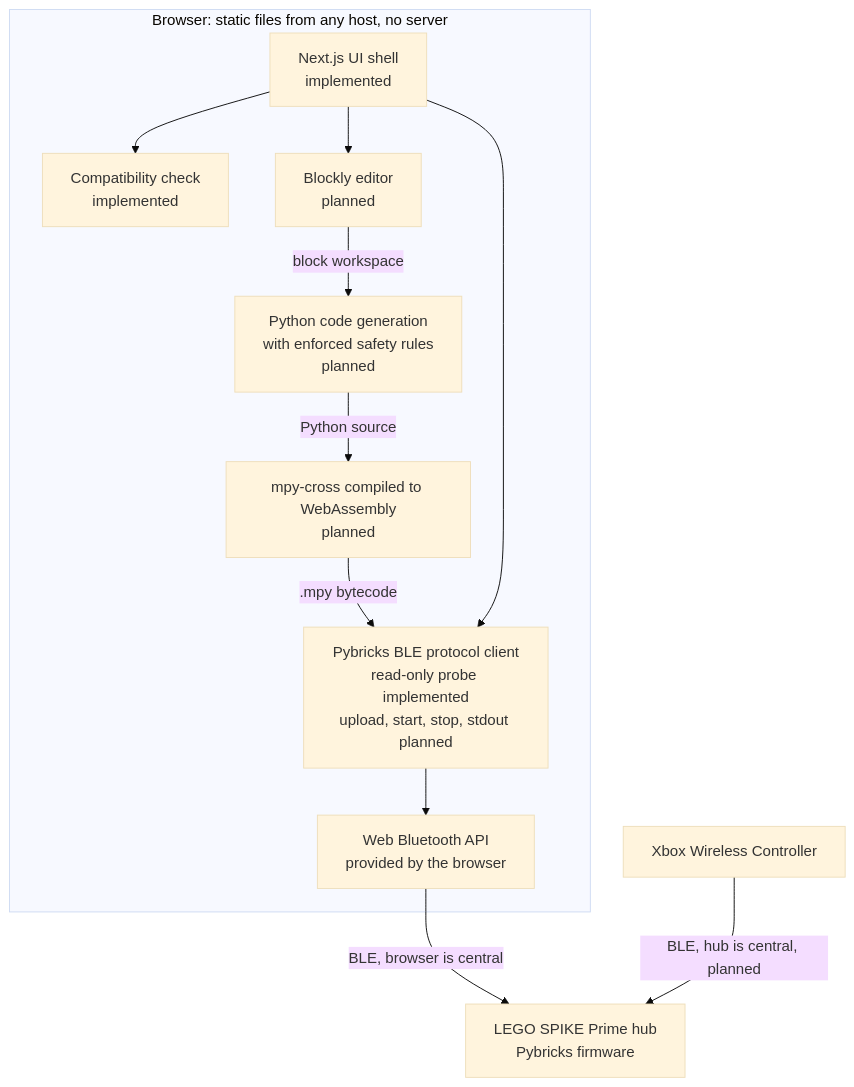
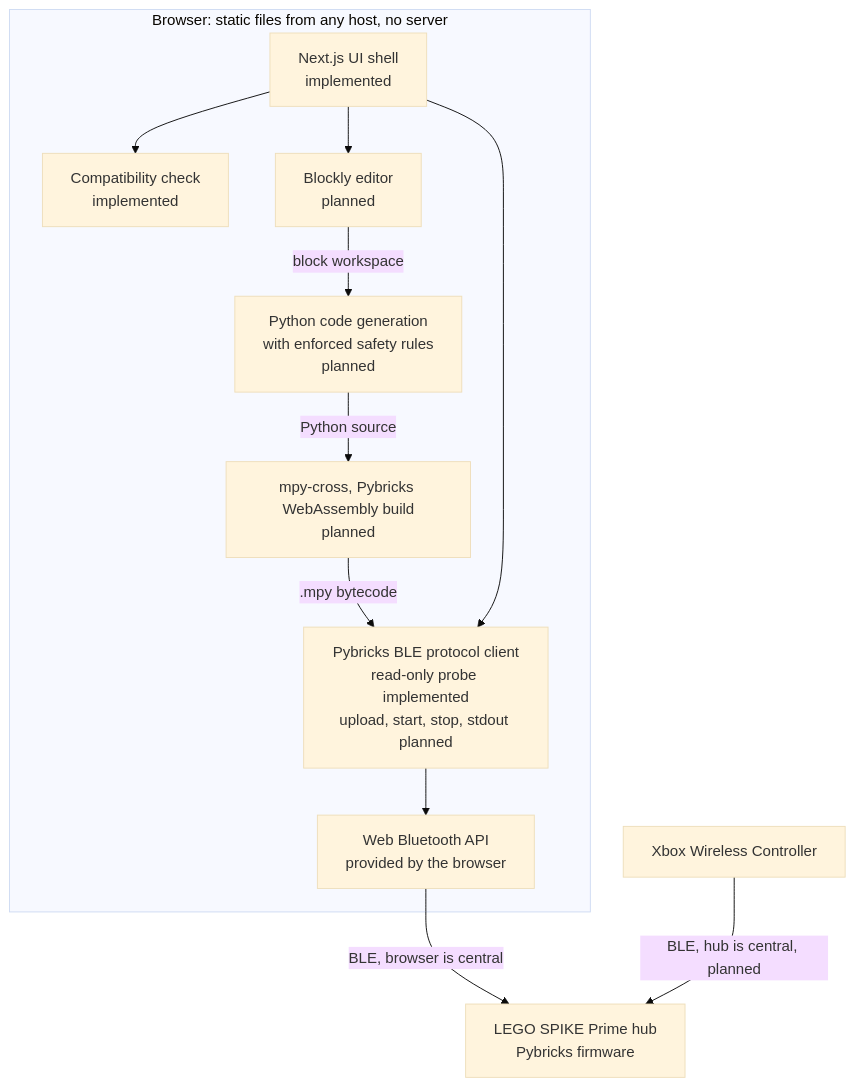
Before and after one commit to lumduan/matpilot: the diagram in docs/architecture.md, drawn with Mermaid (base theme). The commit also changed other lines of this file and 5 other files, not shown here.

````diff
--- a/docs/architecture.md
+++ b/docs/architecture.md
@@ -11,25 +11,25 @@
 ```mermaid
 flowchart TD
     subgraph BROWSER["Browser: static files from any host, no server"]
         UI["Next.js UI shell<br/>implemented"]
         COMPAT["Compatibility check<br/>implemented"]
         BLOCKLY["Blockly editor<br/>planned"]
         CODEGEN["Python code generation<br/>with enforced safety rules<br/>planned"]
-        MPY["mpy-cross compiled to WebAssembly<br/>planned"]
+        MPY["mpy-cross, Pybricks WebAssembly build<br/>planned"]
         PROTO["Pybricks BLE protocol client<br/>read-only probe implemented<br/>upload, start, stop, stdout planned"]
         WEBBT["Web Bluetooth API<br/>provided by the browser"]
     end
 
     HUB["LEGO SPIKE Prime hub<br/>Pybricks firmware"]
     PAD["Xbox Wireless Controller"]
 
     UI --> COMPAT
     UI --> BLOCKLY
     BLOCKLY -->|"block workspace"| CODEGEN
     CODEGEN -->|"Python source"| MPY
     MPY -->|".mpy bytecode"| PROTO
     UI --> PROTO
     PROTO --> WEBBT
     WEBBT -->|"BLE, browser is central"| HUB
     PAD -->|"BLE, hub is central, planned"| HUB
 ```
````
